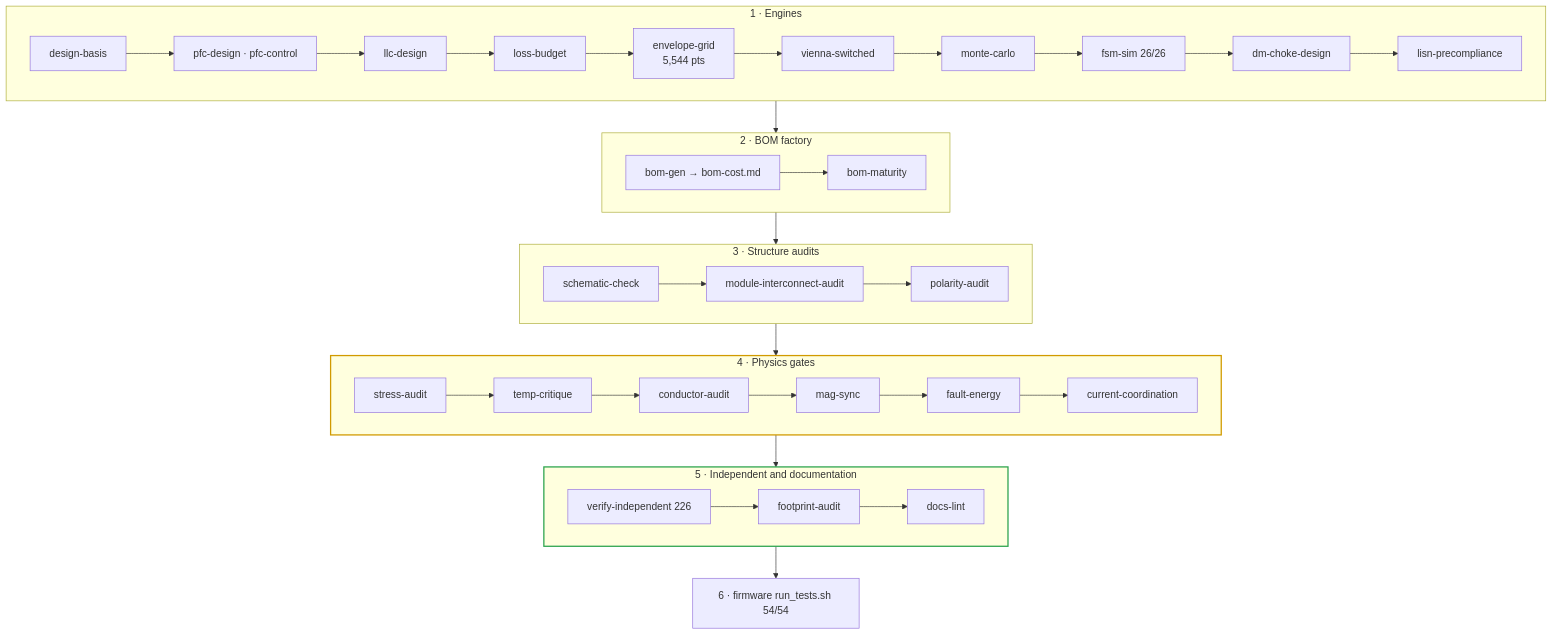
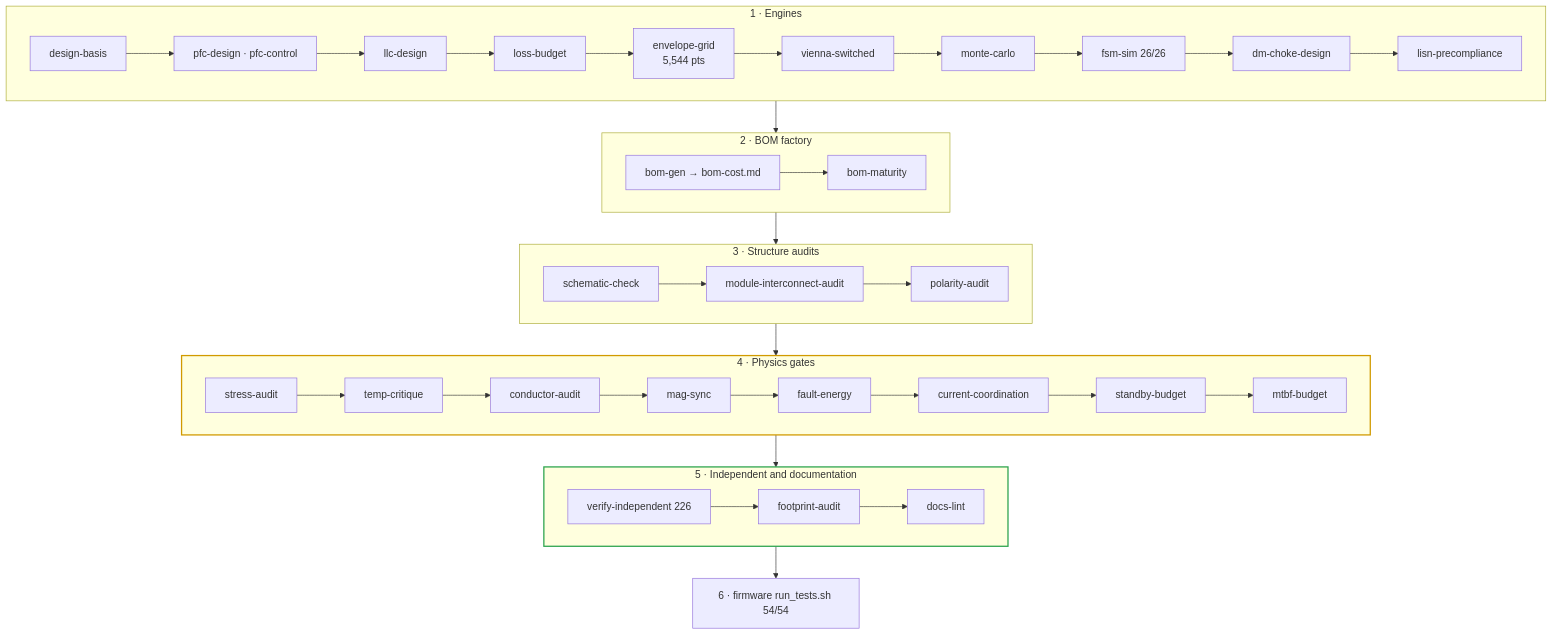
Before and after one commit to vectivolt/DC-Modules: the first of 2 diagrams in calculations/README.md, drawn with Mermaid. The commit also changed other lines of this file and 57 other files, not shown here.

First line of the commit message:
E64: pre-hardware hardening close-out - R17 closed at zero, standby + MTBF gates

````diff
--- a/calculations/README.md
+++ b/calculations/README.md
@@ -26,29 +26,29 @@
 ```mermaid
 flowchart TB
   subgraph ENG["1 · Engines"]
     direction LR
     DB["design-basis"] --> PFC["pfc-design · pfc-control"] --> LLC["llc-design"] --> LOSS["loss-budget"]
     LOSS --> GRID["envelope-grid<br/>5,544 pts"] --> VS["vienna-switched"] --> MC["monte-carlo"] --> FSM["fsm-sim 26/26"]
     FSM --> DM["dm-choke-design"] --> LISN["lisn-precompliance"]
   end
   subgraph BOM["2 · BOM factory"]
     direction LR
     BG["bom-gen → bom-cost.md"] --> BM["bom-maturity"]
   end
   subgraph STR["3 · Structure audits"]
     direction LR
     SC["schematic-check"] --> MIA["module-interconnect-audit"] --> PA["polarity-audit"]
   end
   subgraph PHY["4 · Physics gates"]
     direction LR
-    SA["stress-audit"] --> TC["temp-critique"] --> CA["conductor-audit"] --> MS["mag-sync"] --> FE["fault-energy"] --> CC["current-coordination"]
+    SA["stress-audit"] --> TC["temp-critique"] --> CA["conductor-audit"] --> MS["mag-sync"] --> FE["fault-energy"] --> CC["current-coordination"] --> SBY["standby-budget"] --> MTB["mtbf-budget"]
   end
   subgraph IND["5 · Independent and documentation"]
     direction LR
     VI["verify-independent 226"] --> FA["footprint-audit"] --> DL["docs-lint"]
   end
   FW["6 · firmware run_tests.sh 54/54"]
   ENG --> BOM --> STR --> PHY --> IND --> FW
   style PHY stroke:#d19a00,stroke-width:2px
   style IND stroke:#2ea44f,stroke-width:2px
 ```
````
